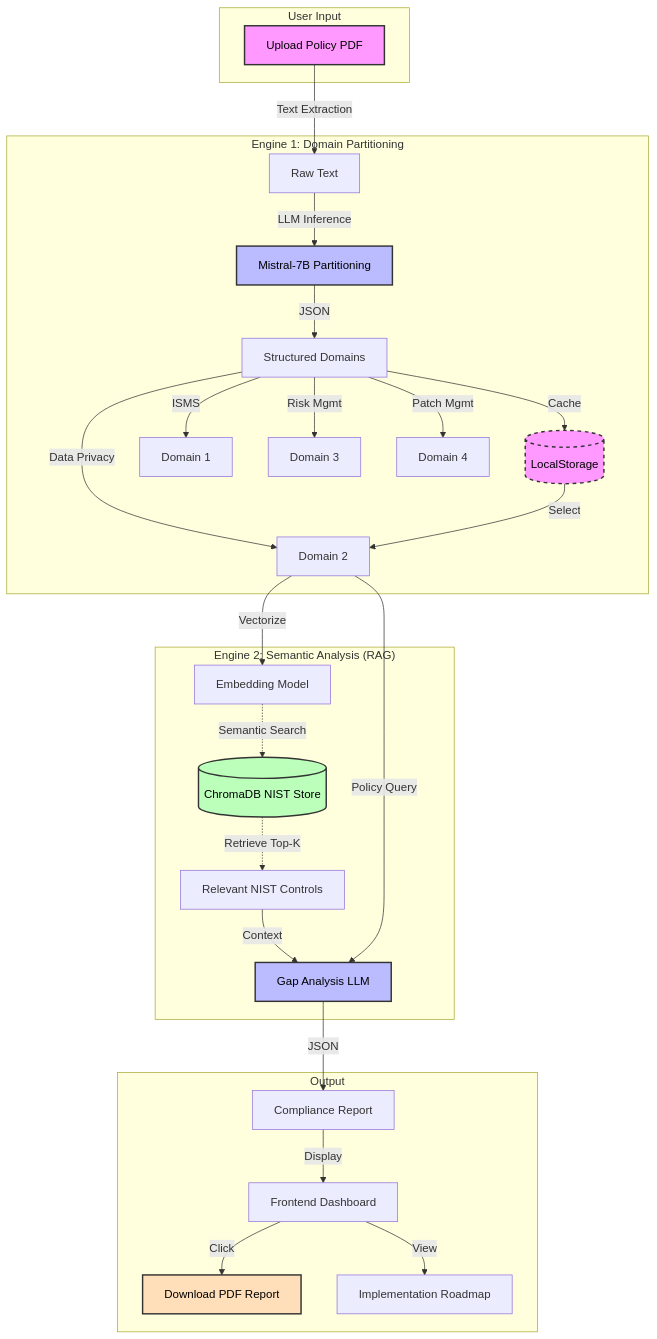
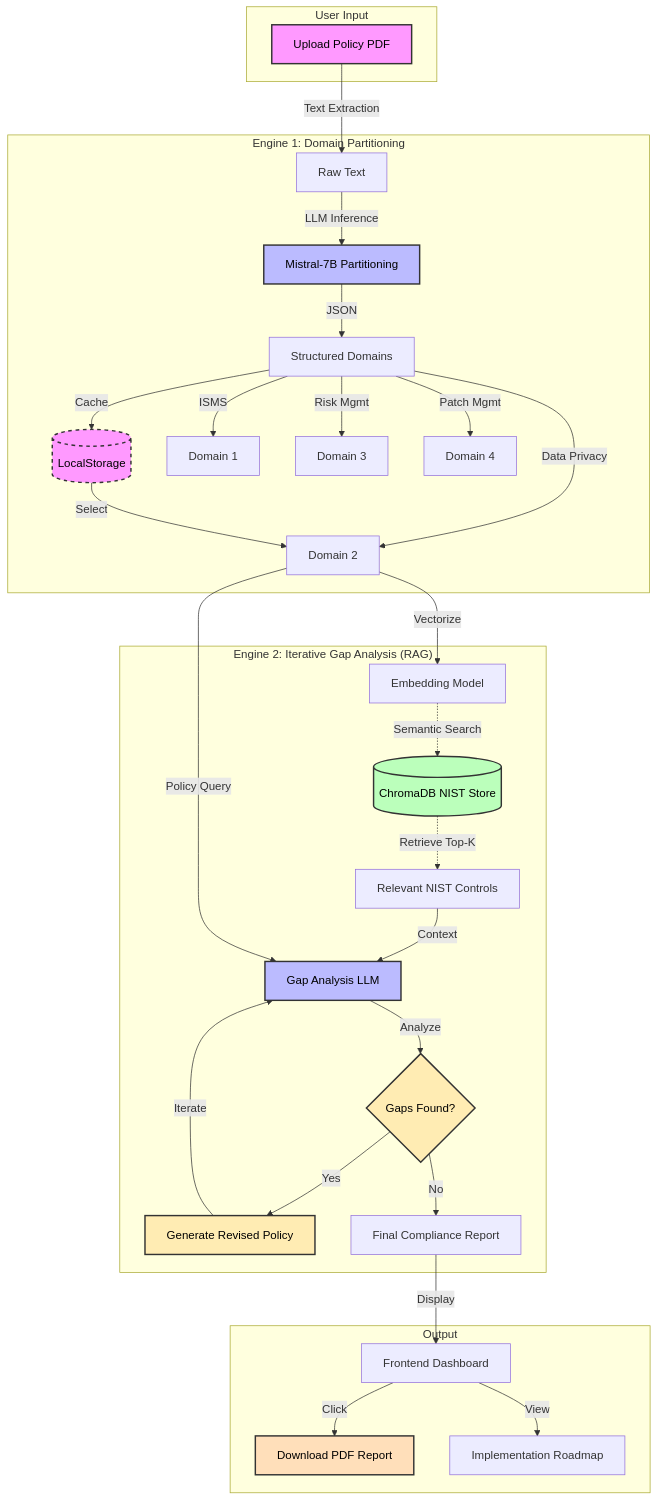
Before and after one commit to ASN-cmd/blind-coders: the diagram in README.md, drawn with Mermaid.

````diff
--- a/README.md
+++ b/README.md
@@ -202,44 +202,50 @@
 ```mermaid
 graph TD
     subgraph "User Input"
         PDF[Upload Policy PDF]
     end
 
     subgraph "Engine 1: Domain Partitioning"
         PDF -->|Text Extraction| RAW[Raw Text]
         RAW -->|LLM Inference| PART[Mistral-7B Partitioning]
         PART -->|JSON| DOMAINS[Structured Domains]
         
         DOMAINS -->|Cache| LOCAL[(LocalStorage)]
         
         DOMAINS -- "ISMS" --> D1[Domain 1]
         DOMAINS -- "Data Privacy" --> D2[Domain 2]
         DOMAINS -- "Risk Mgmt" --> D3[Domain 3]
         DOMAINS -- "Patch Mgmt" --> D4[Domain 4]
     end
 
-    subgraph "Engine 2: Semantic Analysis (RAG)"
+    subgraph "Engine 2: Iterative Gap Analysis (RAG)"
         LOCAL -->|Select| D2
         D2 -->|Vectorize| EMB[Embedding Model]
         
         DB[(ChromaDB NIST Store)] -.->|Retrieve Top-K| REL[Relevant NIST Controls]
         EMB -.->|Semantic Search| DB
         
         REL -->|Context| GAP[Gap Analysis LLM]
         D2 -->|Policy Query| GAP
+        
+        GAP -->|Analyze| CHECK{Gaps Found?}
+        CHECK -- Yes --> REVISE[Generate Revised Policy]
+        REVISE -->|Iterate| GAP
+        CHECK -- No --> REPORT[Final Compliance Report]
     end
 
     subgraph "Output"
-        GAP -->|JSON| REPORT[Compliance Report]
         REPORT -->|Display| UI[Frontend Dashboard]
         UI -->|Click| DL[Download PDF Report]
         UI -->|View| ROADMAP[Implementation Roadmap]
     end
 
     style PDF fill:#f9f,stroke:#333,stroke-width:2px,color:#000
     style PART fill:#bbf,stroke:#333,stroke-width:2px,color:#000
     style LOCAL fill:#f9f,stroke:#333,stroke-width:2px,stroke-dasharray: 5 5,color:#000
     style GAP fill:#bbf,stroke:#333,stroke-width:2px,color:#000
     style DB fill:#bfb,stroke:#333,stroke-width:2px,color:#000
     style DL fill:#ffdfba,stroke:#333,stroke-width:2px,color:#000
+    style CHECK fill:#ffecb3,stroke:#333,stroke-width:2px,color:#000
+    style REVISE fill:#ffecb3,stroke:#333,stroke-width:2px,color:#000
 ```
````
